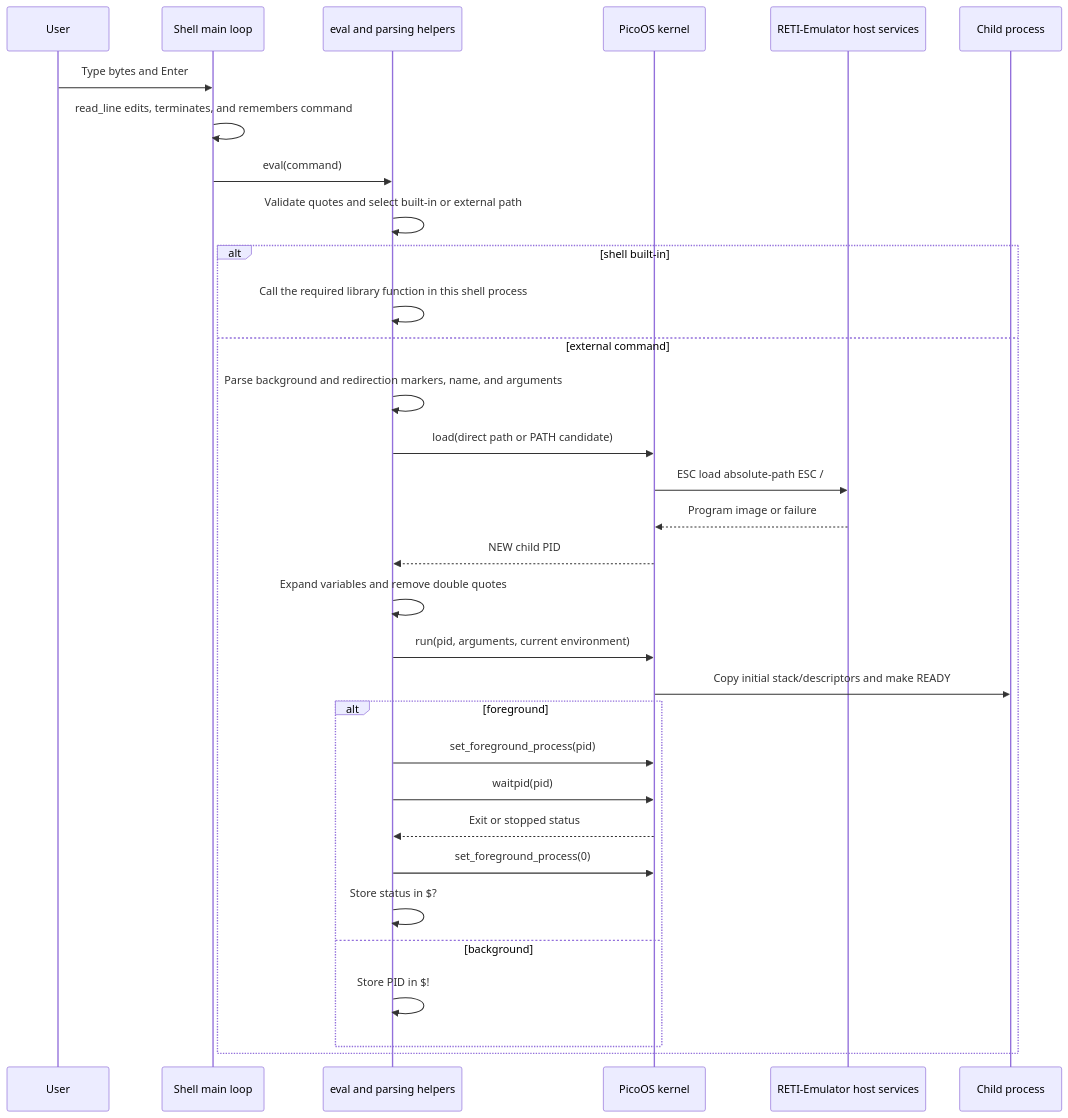
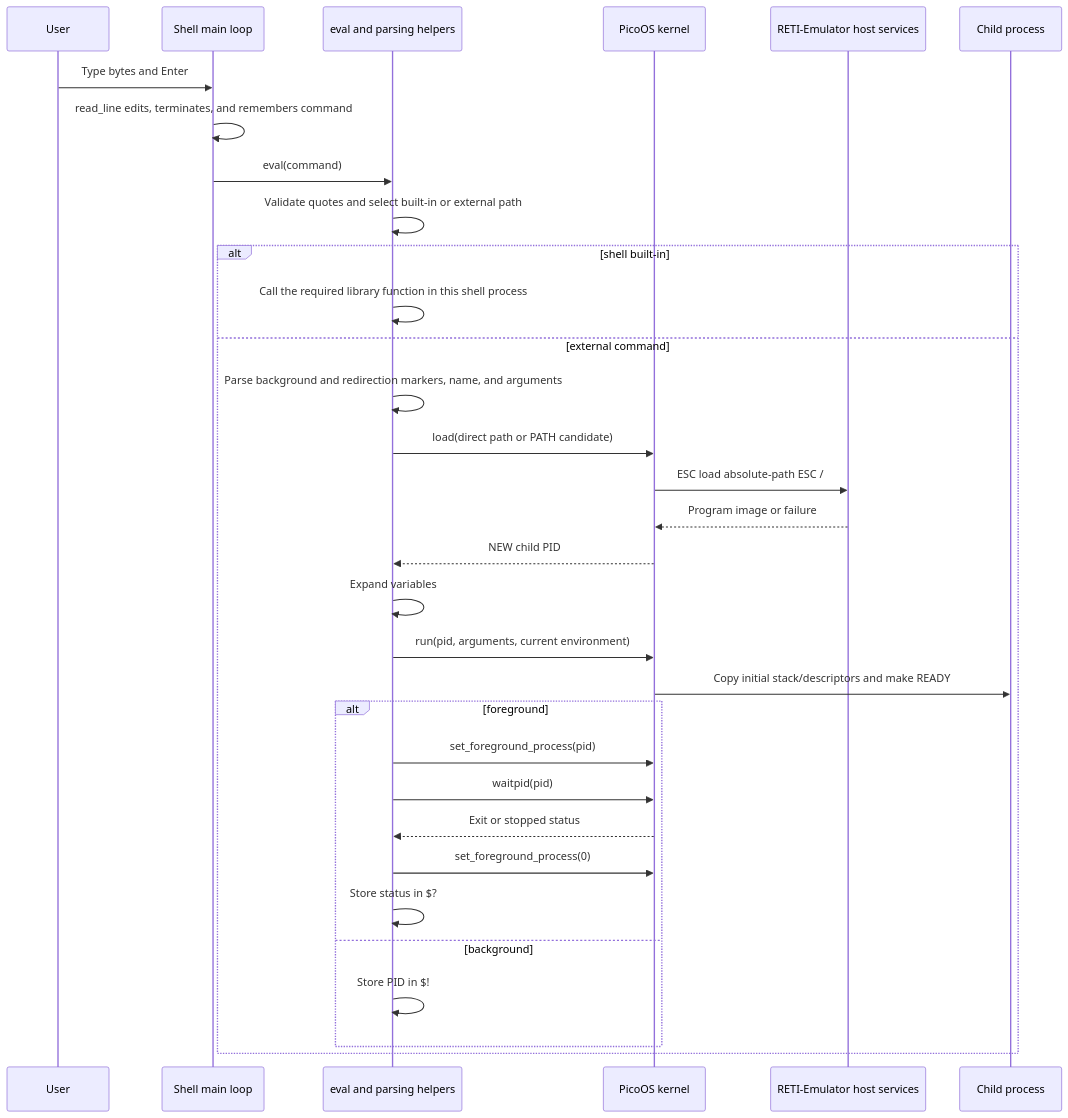
Diagram 21 of 24 in README.md (matthejue/Pico-OS), drawn with Mermaid before and after one commit. The commit also changed other lines of this file and 39 other files, not shown here.

````diff
--- a/README.md
+++ b/README.md
@@ -2686,35 +2695,35 @@
 ```mermaid
 sequenceDiagram
     participant U as User
     participant M as Shell main loop
     participant E as eval and parsing helpers
     participant K as PicoOS kernel
     participant H as RETI-Emulator host services
     participant C as Child process
 
     U->>M: Type bytes and Enter
     M->>M: read_line edits, terminates, and remembers command
     M->>E: eval(command)
     E->>E: Validate quotes and select built-in or external path
     alt shell built-in
         E->>E: Call the required library function in this shell process
     else external command
         E->>E: Parse background and redirection markers, name, and arguments
         E->>K: load(direct path or PATH candidate)
         K->>H: ESC load absolute-path ESC /
         H-->>K: Program image or failure
         K-->>E: NEW child PID
-        E->>E: Expand variables and remove double quotes
+        E->>E: Expand variables
         E->>K: run(pid, arguments, current environment)
         K->>C: Copy initial stack/descriptors and make READY
         alt foreground
             E->>K: set_foreground_process(pid)
             E->>K: waitpid(pid)
             K-->>E: Exit or stopped status
             E->>K: set_foreground_process(0)
             E->>E: Store status in $?
         else background
             E->>E: Store PID in $!
         end
     end
 ```
````
